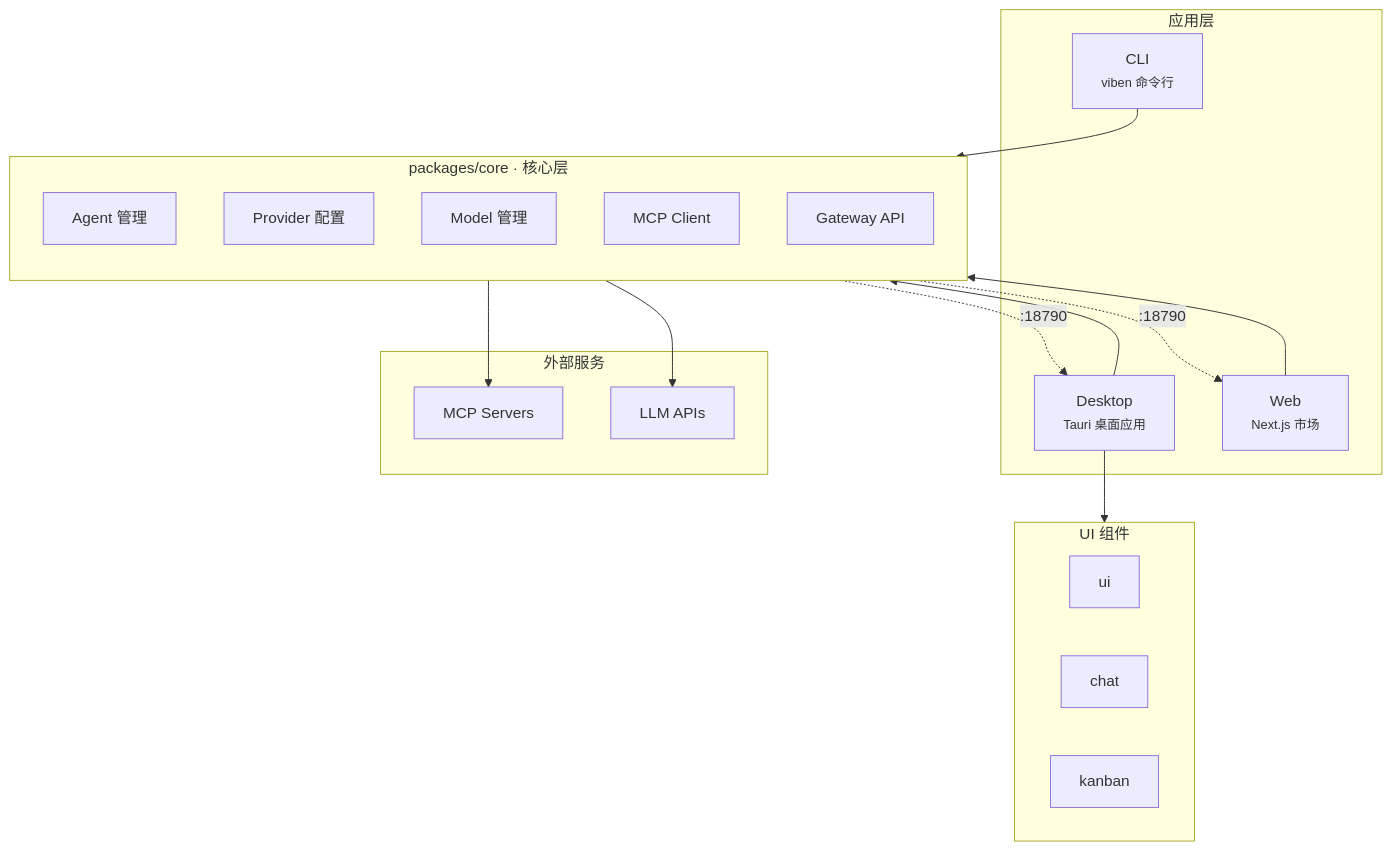
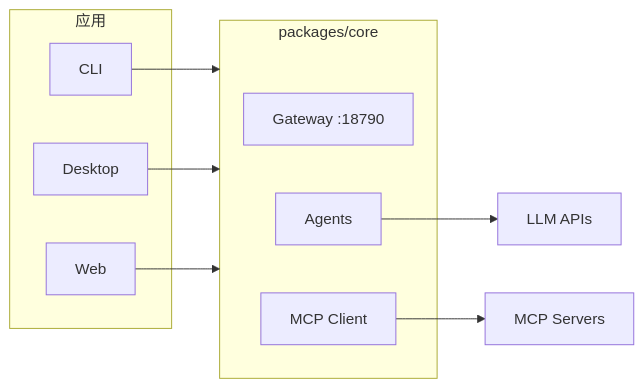
One commit to LinXueyuanStdio/viben changed the diagram in README.md. Above: the diagram before and after it, drawn with Mermaid. The commit also changed other lines of this file and 5 other files, not shown here.

````diff
--- a/README.md
+++ b/README.md
@@ -16,39 +46,18 @@
 ```mermaid
-graph TB
-    subgraph Apps["应用层"]
-        CLI["CLI<br/><small>viben 命令行</small>"]
-        Desktop["Desktop<br/><small>Tauri 桌面应用</small>"]
-        Web["Web<br/><small>Next.js 市场</small>"]
+graph LR
+    subgraph Apps["应用"]
+        CLI["CLI"]
+        Desktop["Desktop"]
+        Web["Web"]
     end
 
-    subgraph Core["packages/core · 核心层"]
-        direction TB
-        Agents["Agent 管理"]
-        Providers["Provider 配置"]
-        Models["Model 管理"]
+    subgraph Core["packages/core"]
+        Gateway["Gateway :18790"]
+        Agent["Agents"]
         MCP["MCP Client"]
-        Gateway["Gateway API"]
     end
 
-    subgraph UI["UI 组件"]
-        PkgUI["ui"]
-        PkgChat["chat"]
-        PkgKanban["kanban"]
-    end
-
-    subgraph External["外部服务"]
-        MCPServer["MCP Servers"]
-        LLM["LLM APIs"]
-    end
-
-    CLI --> Core
-    Desktop --> Core
-    Desktop --> UI
-    Web --> Core
-
-    Gateway -.->|":18790"| Desktop
-    Gateway -.->|":18790"| Web
-
-    MCP --> MCPServer
-    Providers --> LLM
+    CLI & Desktop & Web --> Core
+    MCP --> MCPServer["MCP Servers"]
+    Agent --> LLM["LLM APIs"]
 ```
````
